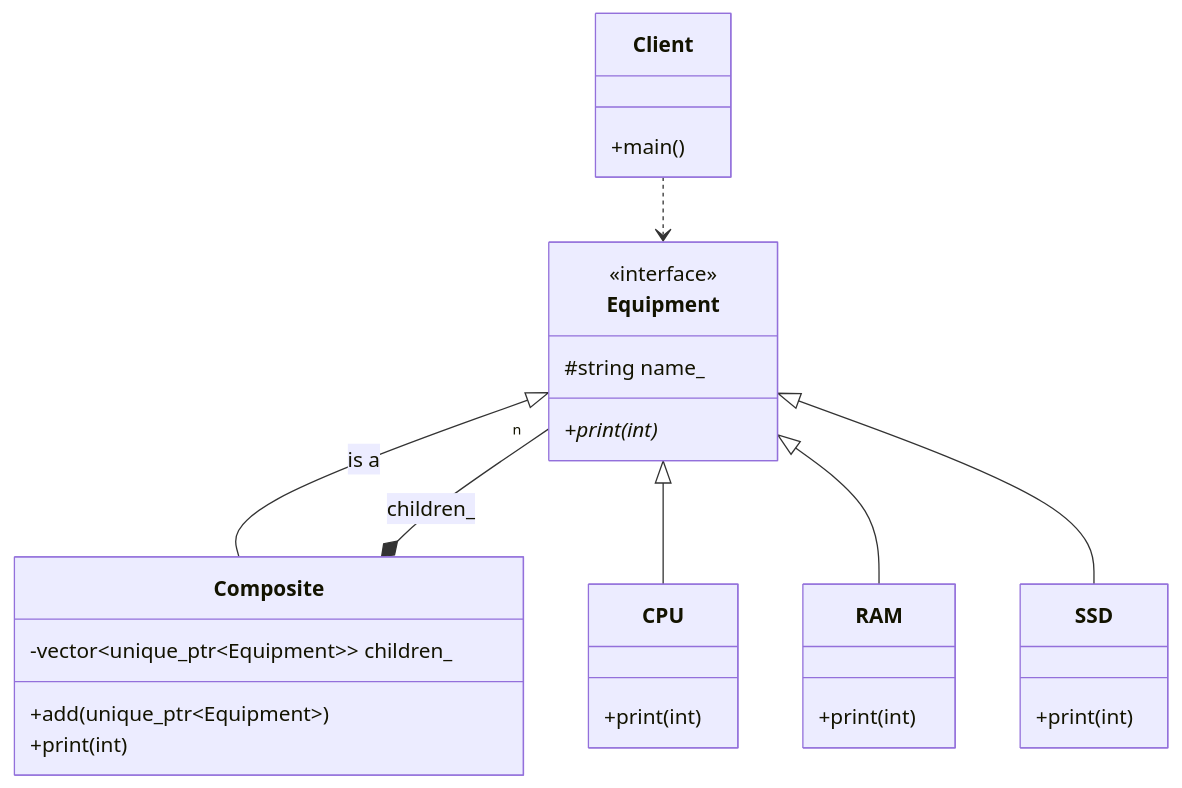
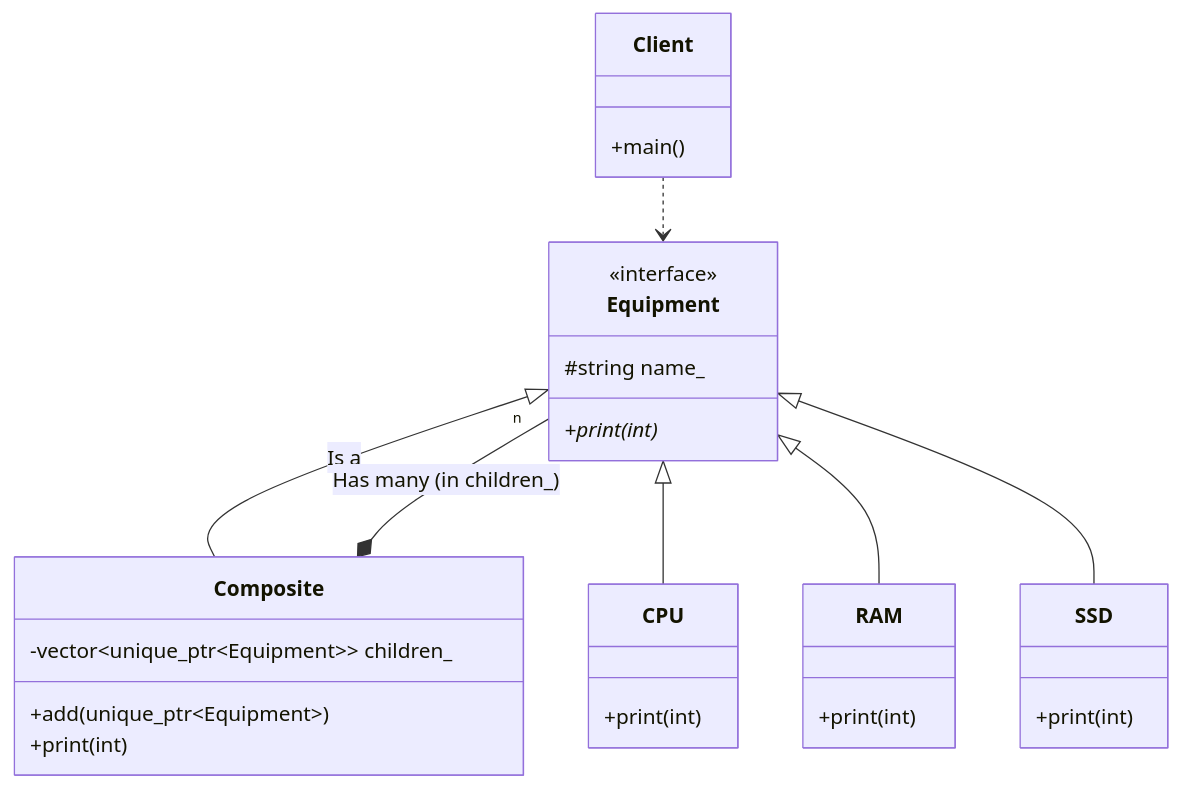
Before and after one commit to Cichlidfishexigency721/Modern-CPP-Design-Patterns: the diagram in 10_Composite/README.md, drawn with Mermaid. The commit also changed 1 other file, not shown here.

Commit message:
UML improvement

````diff
--- a/10_Composite/README.md
+++ b/10_Composite/README.md
@@ -46,42 +46,42 @@
 ```mermaid
 classDiagram
    class Equipment {
       <<interface>>
       #string name_
       +print(int)*
    }
 
    class CPU {
       +print(int)
    }
 
    class RAM {
       +print(int)
    }
 
    class SSD {
       +print(int)
    }
 
    class Composite {
       -vector~unique_ptr~Equipment~~ children_
       +add(unique_ptr~Equipment~)
       +print(int)
    }
 
    class Client {
       +main()
    }
 
    %% Inheritance (Is_a) - No numbers
-   Equipment <|-- Composite : is a
+   Equipment <|-- Composite : Is a
    Equipment <|-- CPU
    Equipment <|-- RAM
    Equipment <|-- SSD
 
    %% Composition (Has_a) - Multiplicity "n" at the end
-   Composite *-- "n" Equipment : children_
+   Composite *-- "n" Equipment : Has many (in children_)
 
    %% Dependency - No numbers
    Client ..> Equipment
 ```
````
